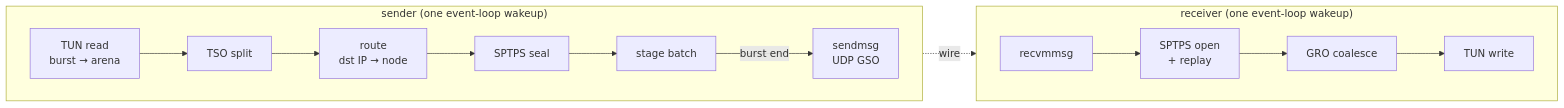
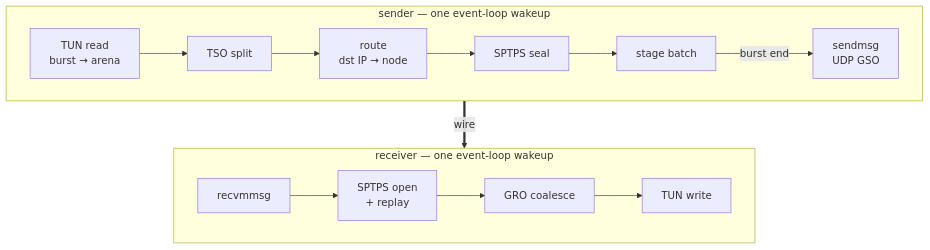
One commit to Mic92/tincr changed the second of 2 diagrams in docs/ARCHITECTURE.md. Above: the diagram before and after it, drawn with Mermaid. The commit also changed other lines of this file, not shown here.

Commit message:
docs/ARCHITECTURE: mermaid bold via <b>, stack packet-walk rows
GitHub's mermaid renderer doesn't parse markdown in labels; use the
HTML tag. Packet-walk subgraphs still laid out side-by-side because
the F-.->G child edge pinned both into one LR rank — connect the
subgraphs themselves under outer TB so each row keeps its own LR.

````diff
--- a/docs/ARCHITECTURE.md
+++ b/docs/ARCHITECTURE.md
@@ -150,18 +150,18 @@
 ```mermaid
-flowchart LR
-    subgraph S ["sender (one event-loop wakeup)"]
+flowchart TB
+    subgraph S ["sender — one event-loop wakeup"]
         direction LR
         A["TUN read<br/>burst → arena"] --> B["TSO split"]
         B --> C["route<br/>dst IP → node"]
         C --> D["SPTPS seal"]
         D --> E["stage batch"]
         E -->|burst end| F["sendmsg<br/>UDP GSO"]
     end
-    subgraph R ["receiver (one event-loop wakeup)"]
+    subgraph R ["receiver — one event-loop wakeup"]
         direction LR
         G["recvmmsg"] --> H["SPTPS open<br/>+ replay"]
         H --> I["GRO coalesce"]
         I --> J["TUN write"]
     end
-    F -. wire .-> G
+    S ==>|wire| R
 ```
````
